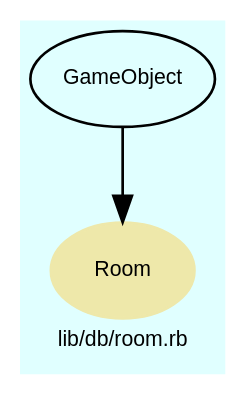
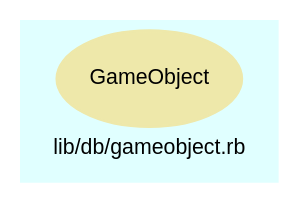
One commit to Tyche/teensymud changed the diagram in doc/dot/f_31.dot. Above: the diagram before and after it, drawn with Graphviz. The commit also changed 215 other files, not shown here.

Commit message:
Renamed Incoming to Account and move to lib/game. Factored out Hamster, Event from tmud.rb to lib/event. Created EventManager class. Regened documentation.

```diff
--- a/doc/dot/f_31.dot
+++ b/doc/dot/f_31.dot
@@ -1,31 +1,22 @@
 digraph TopLevel {
     compound = true
     bgcolor = lightcyan1
     fontname = Arial
     fontsize = 8
-    label = "lib/db/room.rb"
+    label = "lib/db/gameobject.rb"
     node [
         fontname = Arial,
         fontsize = 8,
         color = black
     ]
 
-    Room [
+    GameObject [
         fontcolor = black,
-        URL = "classes/Room.html",
+        URL = "classes/GameObject.html",
         shape = ellipse,
         color = palegoldenrod,
         style = filled,
-        label = "Room"
-    ]
-
-    GameObject [
-        URL = "classes/GameObject.html",
         label = "GameObject"
     ]
 
-    GameObject -> Room [
-
-    ]
-
 }
```
